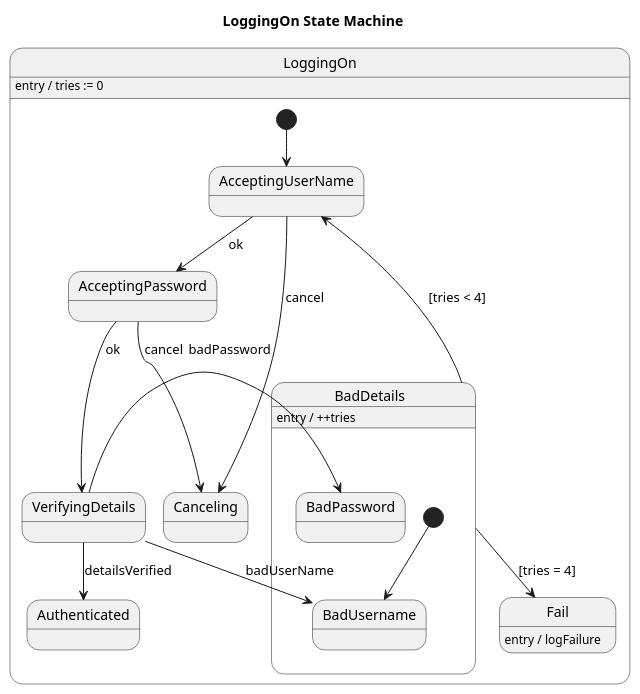
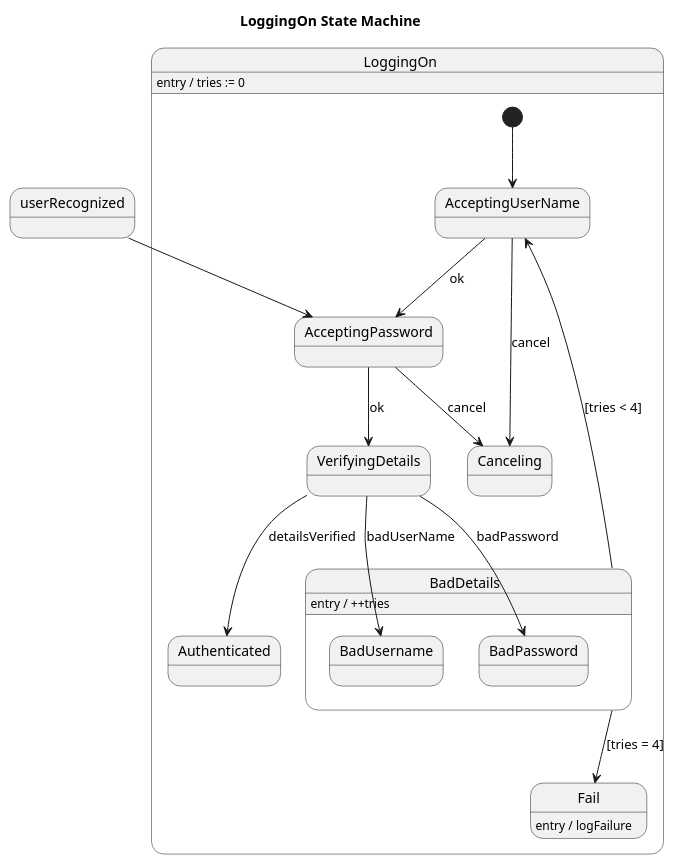
The diagram in dataset/case_60_loggedin_mechanism/diagram.puml (maimunafaria/State_transition_Diagram_generated_by_LLM), drawn with PlantUML before and after one commit. The commit also changed 36 other files, not shown here.

Commit message:
verifying diagram ( plantuml )

```diff
--- a/dataset/case_60_loggedin_mechanism/diagram.puml
+++ b/dataset/case_60_loggedin_mechanism/diagram.puml
@@ -1,40 +1,40 @@
 @startuml
 title LoggingOn State Machine
 
 state LoggingOn {
   [*] --> AcceptingUserName
 
   state AcceptingUserName
   state AcceptingPassword
   state VerifyingDetails
 
   state BadDetails {
-    [*] --> BadUsername
     state BadUsername
     state BadPassword
   }
 
   BadDetails : entry / ++tries
 
   AcceptingUserName --> AcceptingPassword : ok
+  
   AcceptingUserName --> Canceling : cancel
 
   AcceptingPassword --> VerifyingDetails : ok
   AcceptingPassword --> Canceling : cancel
 
   VerifyingDetails --> BadUsername : badUserName
   VerifyingDetails --> BadPassword : badPassword
   VerifyingDetails --> Authenticated : detailsVerified
 
   BadDetails --> AcceptingUserName : [tries < 4]
   BadDetails --> Fail : [tries = 4]
 }
 
 LoggingOn : entry / tries := 0
 
 state Canceling
 state Authenticated
 state Fail
 Fail : entry / logFailure
-
+userRecognized --> AcceptingPassword
 @enduml
```
